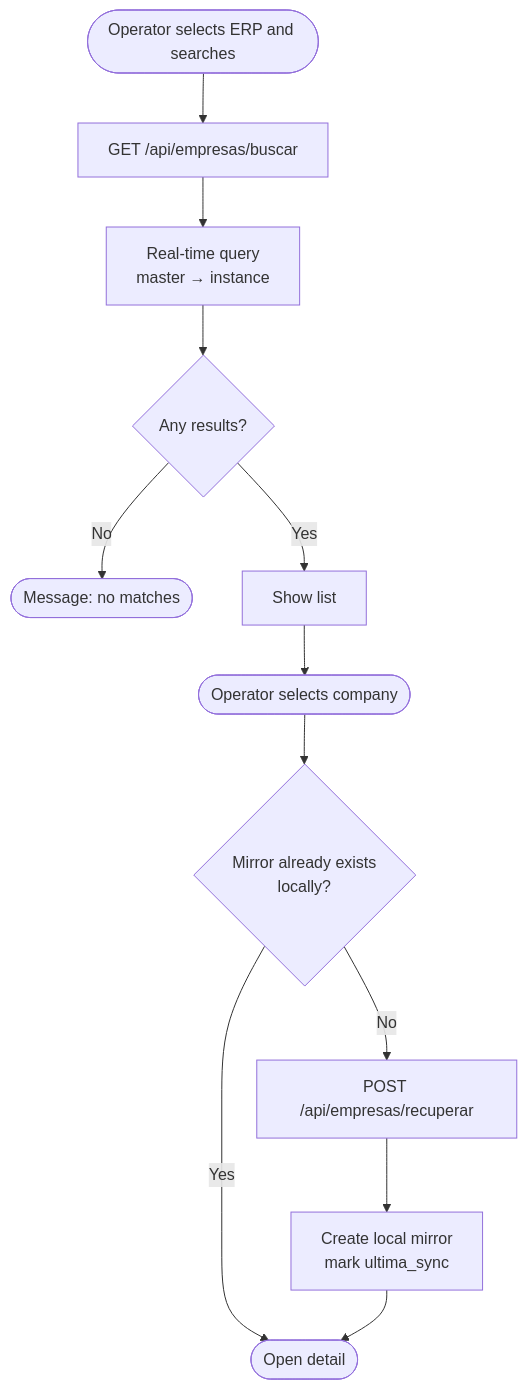
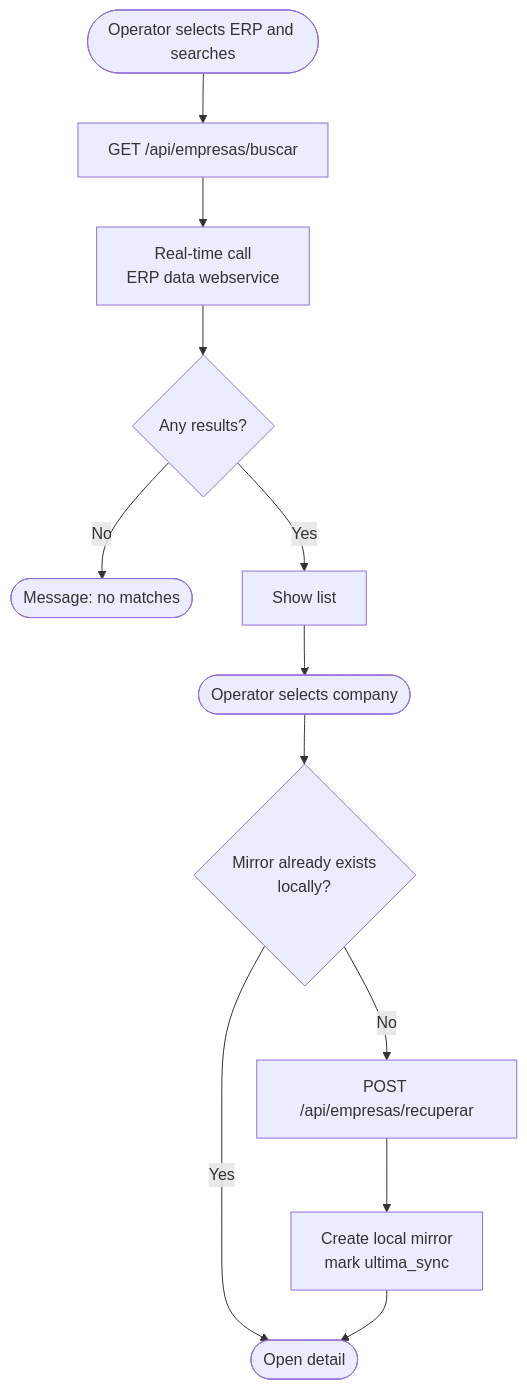
Before and after one commit to LIDR-academy/AI4Devs-finalproject: the fifth of 8 diagrams in documentacion-funcional.md, drawn with Mermaid. The commit also changed other lines of this file and 300 other files, not shown here.

````diff
--- a/documentacion-funcional.md
+++ b/documentacion-funcional.md
@@ -429,12 +436,12 @@
 ```mermaid
 flowchart TD
     A([Operator selects ERP and searches]) --> B[GET /api/empresas/buscar]
-    B --> C[Real-time query<br/>master → instance]
+    B --> C[Real-time call<br/>ERP data webservice]
     C --> D{Any results?}
     D -- No --> E([Message: no matches])
     D -- Yes --> F[Show list]
     F --> G([Operator selects company])
     G --> H{Mirror already exists<br/>locally?}
     H -- Yes --> I([Open detail])
     H -- No --> J[POST /api/empresas/recuperar] --> K[Create local mirror<br/>mark ultima_sync] --> I
 ```
````
